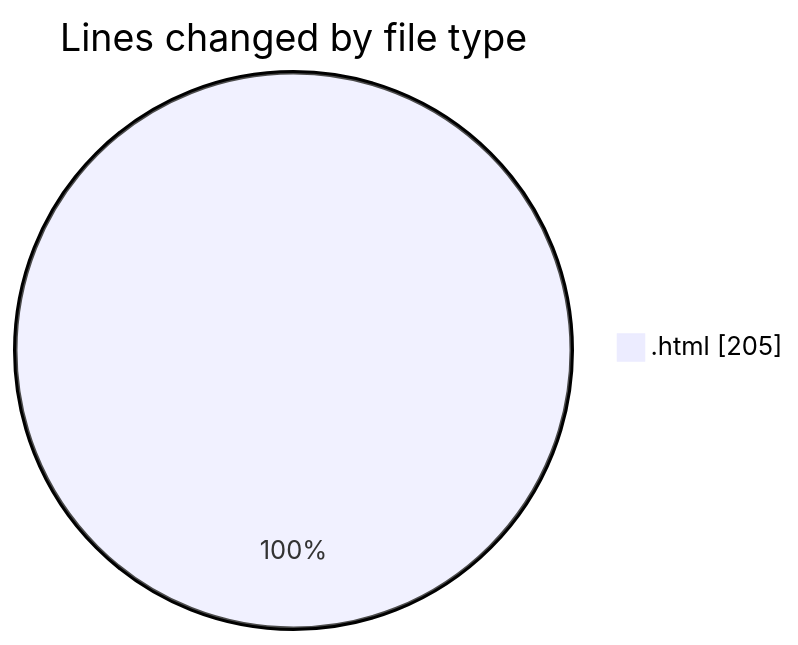
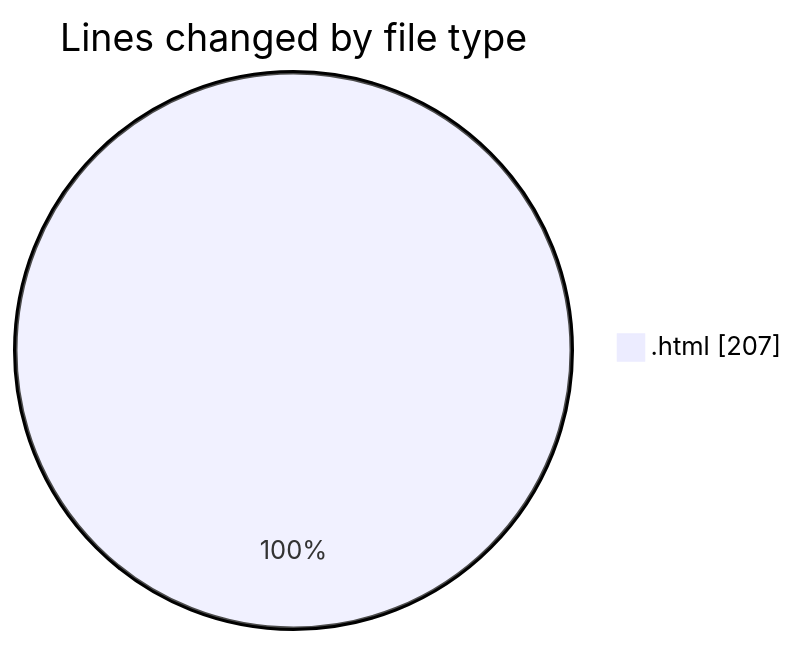
Before and after one commit to LanceThiago/code-tracking: the first of 2 diagrams in 2025-01-07/nueva_carpeta/README.md, drawn with Mermaid. The commit also changed other lines of this file and 1 other file, not shown here.

````diff
--- a/2025-01-07/nueva_carpeta/README.md
+++ b/2025-01-07/nueva_carpeta/README.md
@@ -20,5 +20,5 @@
 ```mermaid
 pie showData
 title Lines changed by file type
-".html" : 205
+".html" : 207
 ```
````
